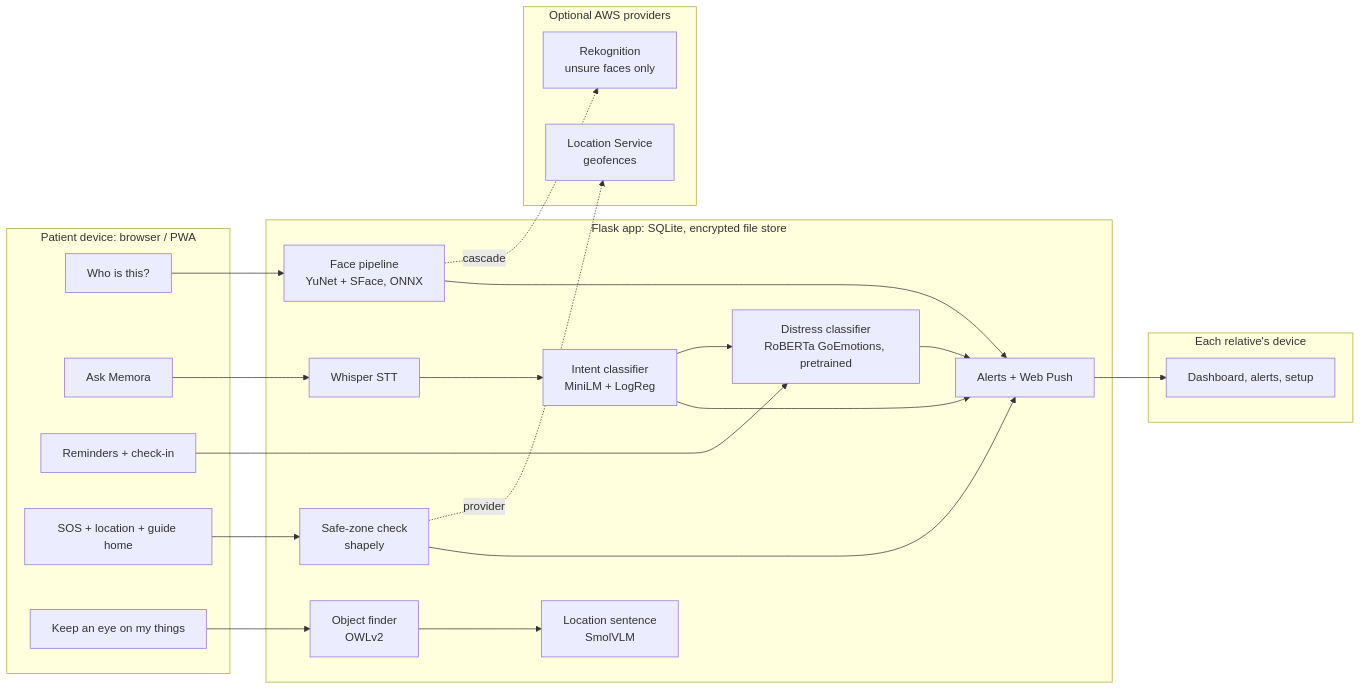
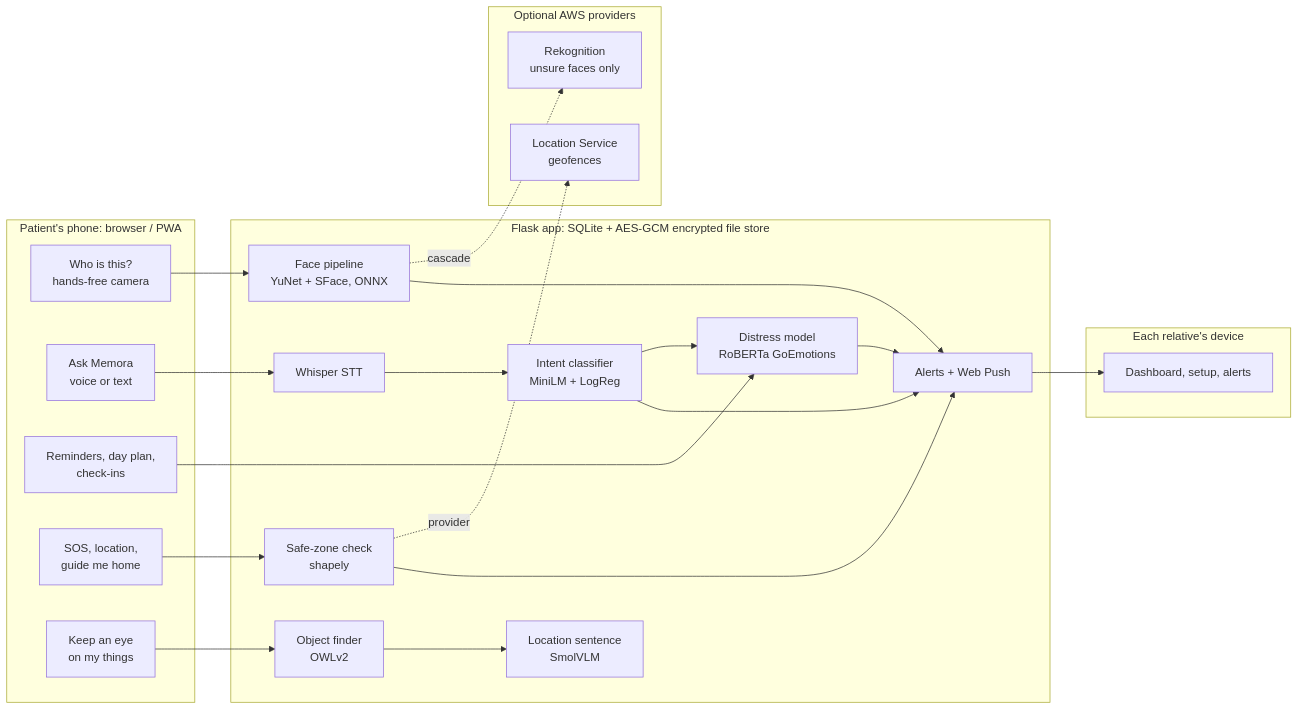
Before and after one commit to rajveer1421/Memora: the diagram in README.md, drawn with Mermaid. The commit also changed other lines of this file and 4 other files, not shown here.

````diff
--- a/README.md
+++ b/README.md
@@ -62,32 +104,32 @@
 ```mermaid
 flowchart LR
-  subgraph PD [Patient device: browser / PWA]
-    P1[Who is this?]
-    P2[Ask Memora]
-    P3[Reminders + check-in]
-    P4[SOS + location + guide home]
-    P5[Keep an eye on my things]
+  subgraph PD [Patient's phone: browser / PWA]
+    P1[Who is this?<br/>hands-free camera]
+    P2[Ask Memora<br/>voice or text]
+    P3[Reminders, day plan,<br/>check-ins]
+    P4[SOS, location,<br/>guide me home]
+    P5[Keep an eye<br/>on my things]
   end
   subgraph CD [Each relative's device]
-    C1[Dashboard, alerts, setup]
+    C1[Dashboard, setup, alerts]
   end
-  subgraph Server [Flask app: SQLite, encrypted file store]
+  subgraph Server [Flask app: SQLite + AES-GCM encrypted file store]
     F[Face pipeline<br/>YuNet + SFace, ONNX]
+    S[Whisper STT]
     I[Intent classifier<br/>MiniLM + LogReg]
-    D[Distress classifier<br/>RoBERTa GoEmotions, pretrained]
-    S[Whisper STT]
+    D[Distress model<br/>RoBERTa GoEmotions]
     O[Object finder<br/>OWLv2] --> V[Location sentence<br/>SmolVLM]
     G[Safe-zone check<br/>shapely]
     A[Alerts + Web Push]
   end
   subgraph AWS [Optional AWS providers]
     R[Rekognition<br/>unsure faces only]
     L[Location Service<br/>geofences]
   end
   P1 --> F -. cascade .-> R
   P2 --> S --> I --> D
   P3 --> D
   P4 --> G -. provider .-> L
   P5 --> O
   F & D & G & I --> A --> C1
 ```
````
